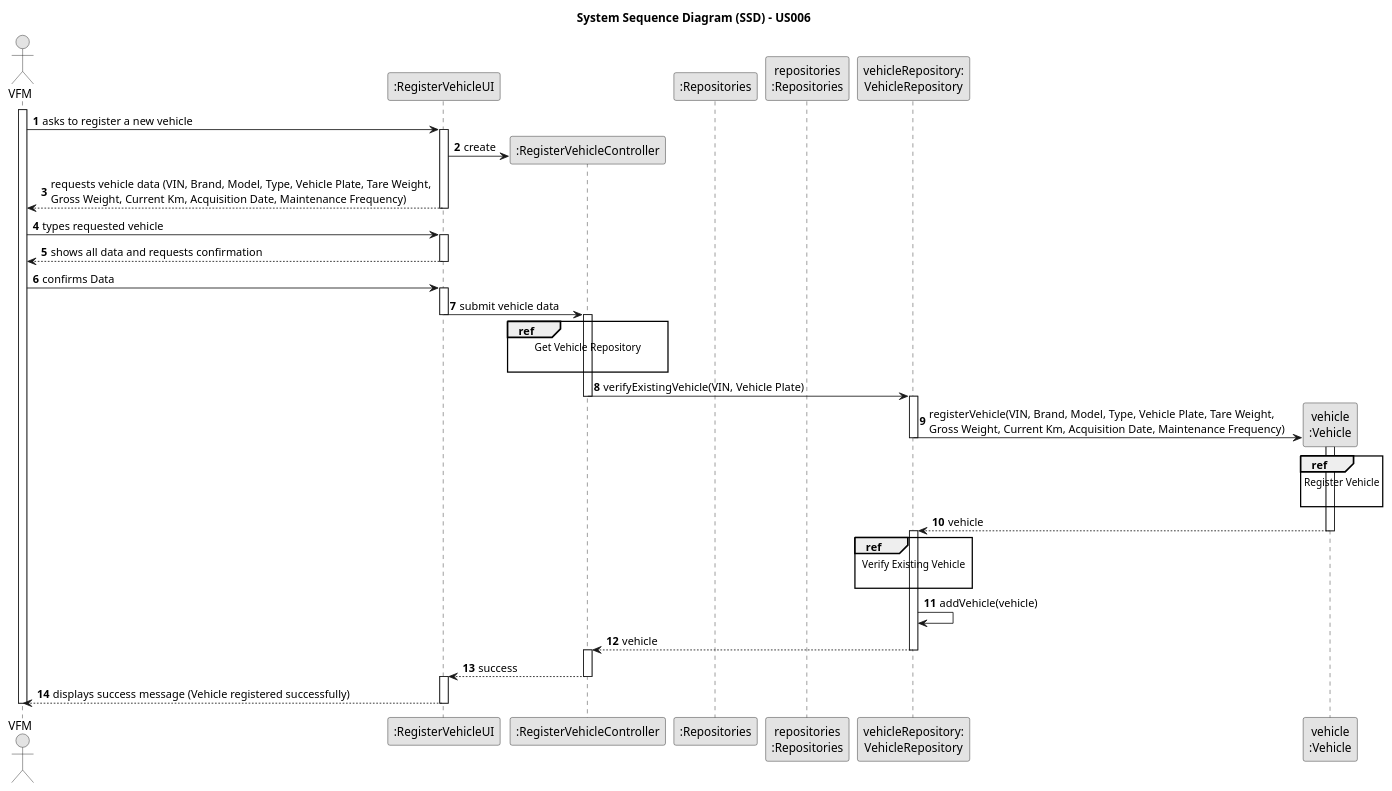
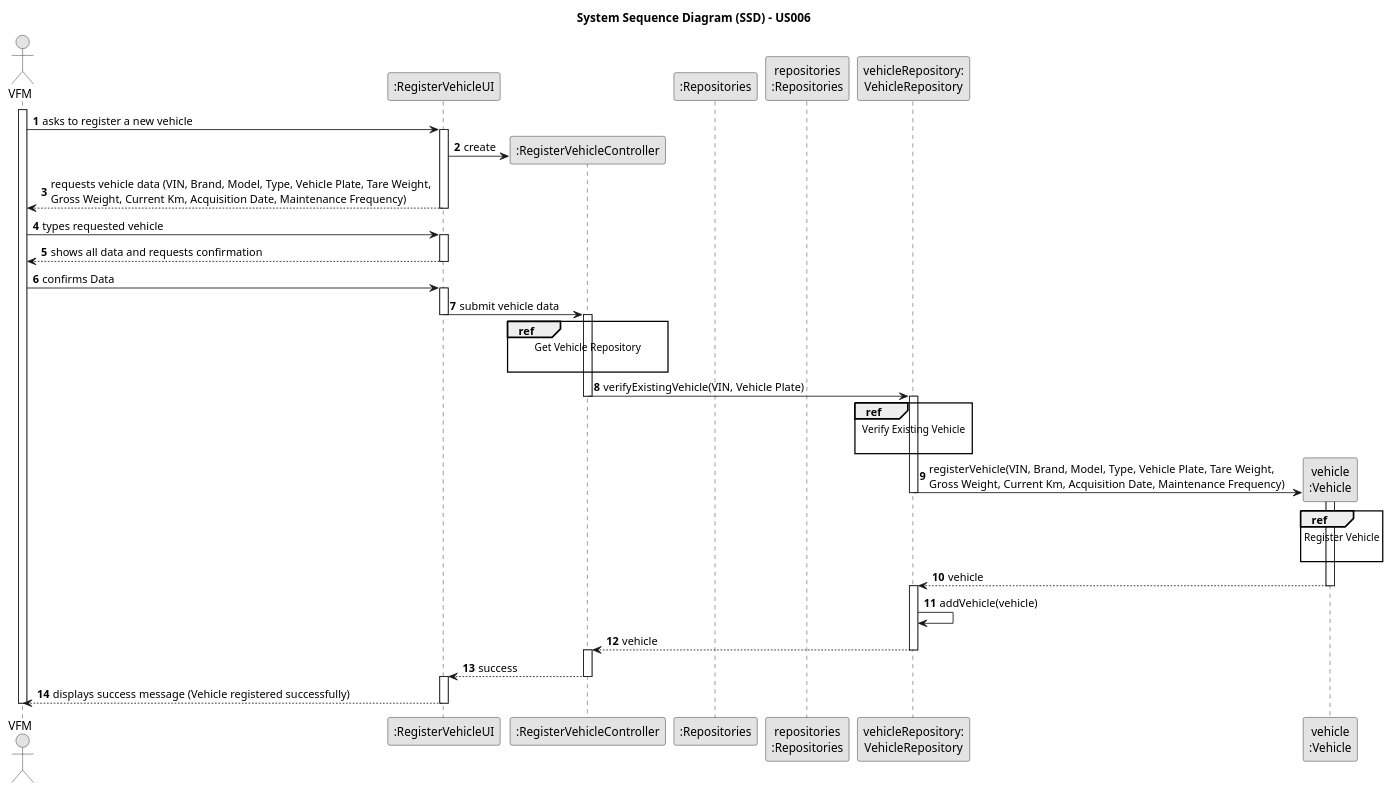
The diagram in docs/sprintB/us006/03.design/puml/us006-sequence-diagram-split.puml (ricardomm7/leaflink), drawn with PlantUML before and after one commit. The commit also changed 9 other files, not shown here.

```diff
--- a/docs/sprintB/us006/03.design/puml/us006-sequence-diagram-split.puml
+++ b/docs/sprintB/us006/03.design/puml/us006-sequence-diagram-split.puml
@@ -1,90 +1,90 @@
 @startuml
 skinparam monochrome true
 skinparam packageStyle rectangle
 skinparam shadowing false
 
 title System Sequence Diagram (SSD) - US006
 
 autonumber
 
 actor "VFM" as VFM
 participant ":RegisterVehicleUI" as UI
 participant ":RegisterVehicleController" as CTRL
 participant ":Repositories" as RepositorySingleton
 participant "repositories\n:Repositories" as PLAT
 participant "vehicleRepository:\nVehicleRepository" as VehicleRepository
 participant "vehicle\n:Vehicle" as VEI
 
 activate VFM
 
     VFM -> UI : asks to register a new vehicle
     activate UI
 
         UI -> CTRL** : create
 
         UI --> VFM : requests vehicle data (VIN, Brand, Model, Type, Vehicle Plate, Tare Weight, \nGross Weight, Current Km, Acquisition Date, Maintenance Frequency)
         deactivate UI
 
     VFM -> UI : types requested vehicle
     activate UI
 
     UI --> VFM : shows all data and requests confirmation
     deactivate UI
 
     VFM -> UI: confirms Data
     activate UI
 
         UI -> CTRL : submit vehicle data
         deactivate UI
         activate CTRL
 
             ref over CTRL
                                             Get Vehicle Repository
 
                                         end ref
 
         CTRL -> VehicleRepository : verifyExistingVehicle(VIN, Vehicle Plate)
         deactivate CTRL
 
             activate VehicleRepository
 
+        ref over VehicleRepository
+                                                                            Verify Existing Vehicle
 
+                                                                        end ref
 
 
             VehicleRepository -> VEI **: registerVehicle(VIN, Brand, Model, Type, Vehicle Plate, Tare Weight, \nGross Weight, Current Km, Acquisition Date, Maintenance Frequency)
         deactivate VehicleRepository
             activate VEI
 
 
             ref over VEI
                                             Register Vehicle
 
                                         end ref
 
             VEI --> VehicleRepository: vehicle
             deactivate VEI
             activate VehicleRepository
 
-            ref over VehicleRepository
-                                                                    Verify Existing Vehicle
 
-                                                                end ref
 
 
             VehicleRepository -> VehicleRepository: addVehicle(vehicle)
             VehicleRepository --> CTRL: vehicle
                         deactivate VehicleRepository
 
             activate CTRL
 
 
             CTRL --> UI : success
             deactivate CTRL
             activate UI
 
     UI --> VFM : displays success message (Vehicle registered successfully)
     deactivate UI
 
 deactivate VFM
 
 @enduml
```
